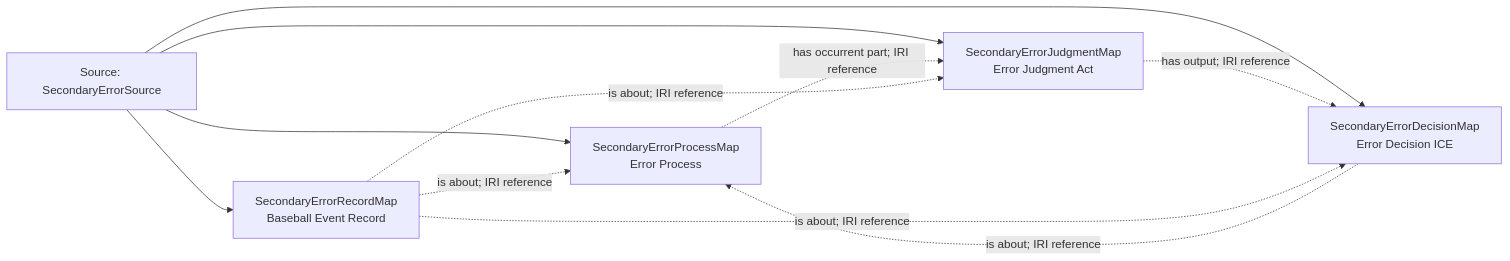
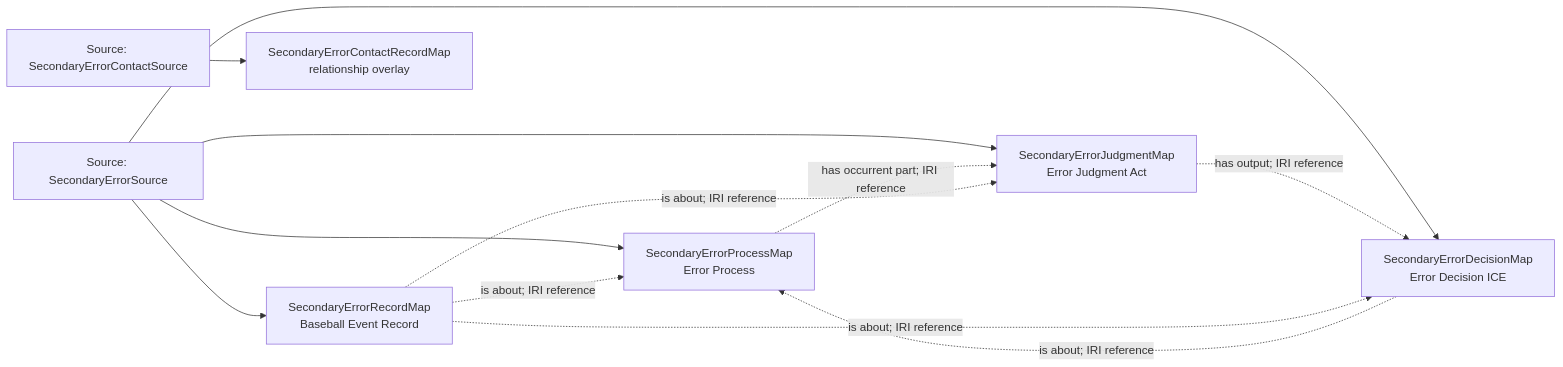
Before and after one commit to CarterBeauBenson/BaseballO: the diagram in Baseball/mermaid/patterns/mlb-game/75-secondaryerror.md, drawn with Mermaid. The commit also changed other lines of this file and 157 other files, not shown here.

````diff
--- a/Baseball/mermaid/patterns/mlb-game/75-secondaryerror.md
+++ b/Baseball/mermaid/patterns/mlb-game/75-secondaryerror.md
@@ -10,18 +10,21 @@
 ```mermaid
 flowchart LR
-    S01["Source: SecondaryErrorSource"]
+    S01["Source: SecondaryErrorContactSource"]
+    S02["Source: SecondaryErrorSource"]
     M01["SecondaryErrorProcessMap<br/>Error Process"]
     M02["SecondaryErrorJudgmentMap<br/>Error Judgment Act"]
     M03["SecondaryErrorDecisionMap<br/>Error Decision ICE"]
     M04["SecondaryErrorRecordMap<br/>Baseball Event Record"]
-    S01 --> M01
-    S01 --> M02
-    S01 --> M03
-    S01 --> M04
+    M05["SecondaryErrorContactRecordMap<br/>relationship overlay"]
+    S02 --> M01
+    S02 --> M02
+    S02 --> M03
+    S02 --> M04
+    S01 --> M05
     M01 -.->|has occurrent part; IRI reference| M02
     M02 -.->|has output; IRI reference| M03
     M03 -.->|is about; IRI reference| M01
     M04 -.->|is about; IRI reference| M01
     M04 -.->|is about; IRI reference| M02
     M04 -.->|is about; IRI reference| M03
 ```
````
